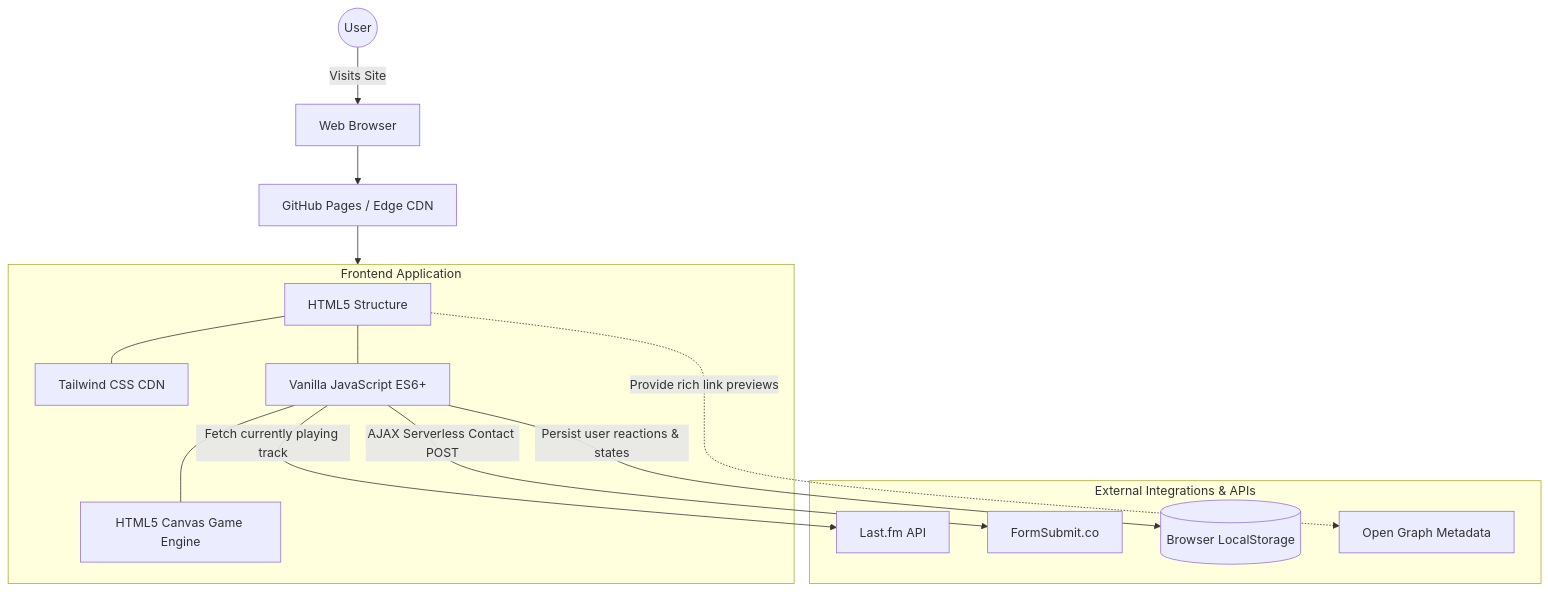
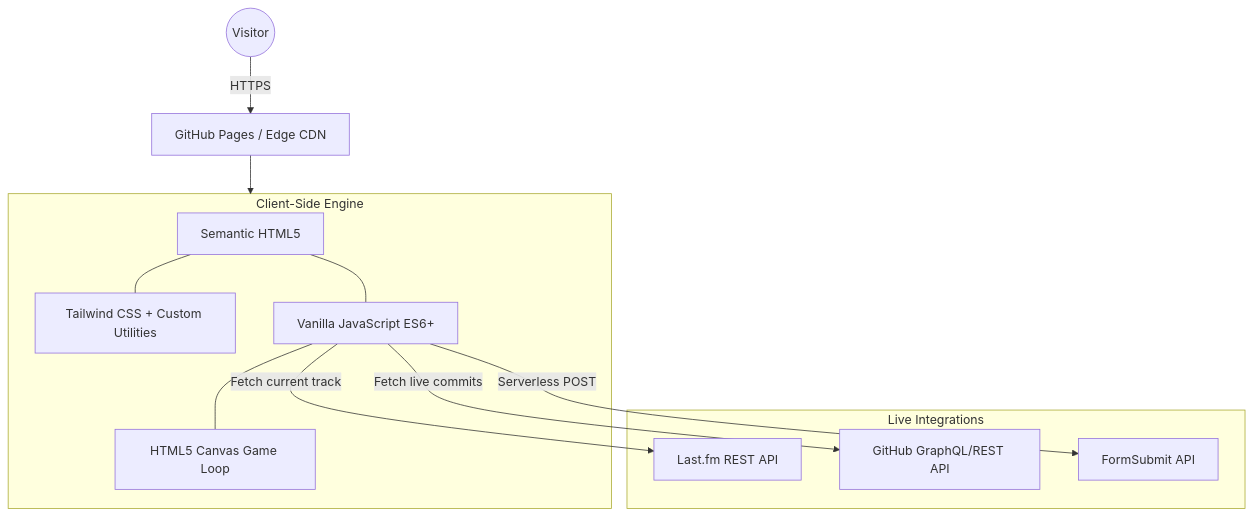
Before and after one commit to Itsharshitgoat/Website: the diagram in Readme.md, drawn with Mermaid. The commit also changed other lines of this file, not shown here.

````diff
--- a/Readme.md
+++ b/Readme.md
@@ -36,30 +57,26 @@
 ```mermaid
 graph TD
-    User((User)) -->|Visits Site| Browser[Web Browser]
-    Browser --> Host[GitHub Pages / Edge CDN]
+    User((Visitor)) -->|HTTPS| Edge[GitHub Pages / Edge CDN]
+    Edge --> Frontend[Client-Side Application]
     
-    subgraph Frontend[Frontend Application]
-        HTML[HTML5 Structure]
-        CSS[Tailwind CSS CDN]
+    subgraph Frontend[Client-Side Engine]
+        HTML[Semantic HTML5]
+        CSS[Tailwind CSS + Custom Utilities]
         JS[Vanilla JavaScript ES6+]
-        Canvas[HTML5 Canvas Game Engine]
+        Canvas[HTML5 Canvas Game Loop]
         
         HTML --- CSS
         HTML --- JS
         JS --- Canvas
     end
     
-    Host --> Frontend
-    
-    subgraph External[External Integrations & APIs]
-        LastFM[Last.fm API]
-        FormSubmit[FormSubmit.co]
-        LocalStorage[(Browser LocalStorage)]
-        OG[Open Graph Metadata]
+    subgraph External_APIs[Live Integrations]
+        LastFM[Last.fm REST API]
+        GitHub[GitHub GraphQL/REST API]
+        FormSubmit[FormSubmit API]
     end
     
-    JS -->|Fetch currently playing track| LastFM
-    JS -->|AJAX Serverless Contact POST| FormSubmit
-    JS -->|Persist user reactions & states| LocalStorage
-    HTML -.->|Provide rich link previews| OG
+    JS -->|Fetch current track| LastFM
+    JS -->|Fetch live commits| GitHub
+    JS -->|Serverless POST| FormSubmit
 ```
````
